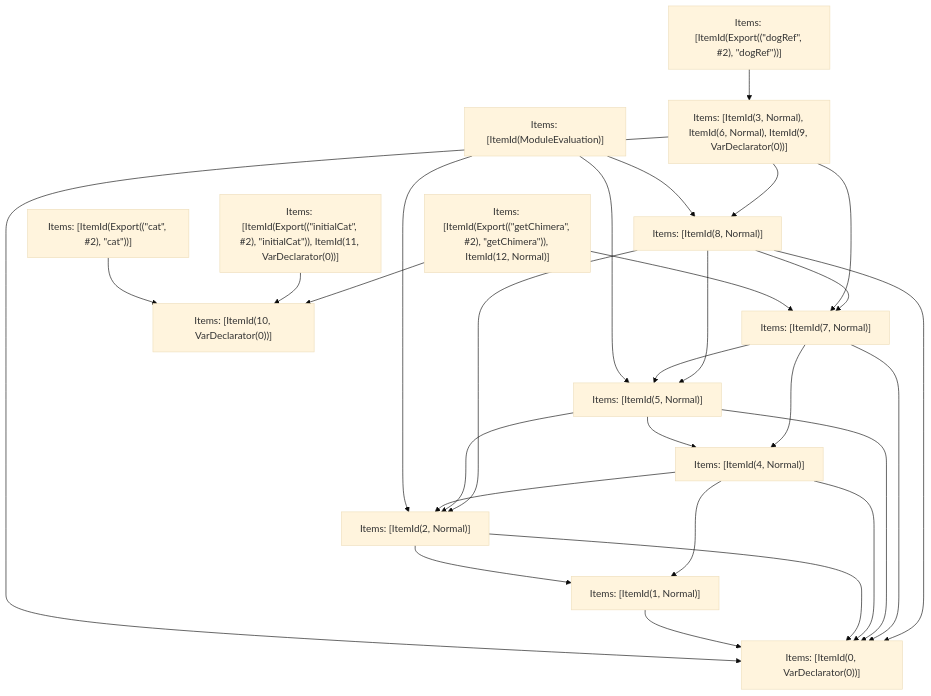
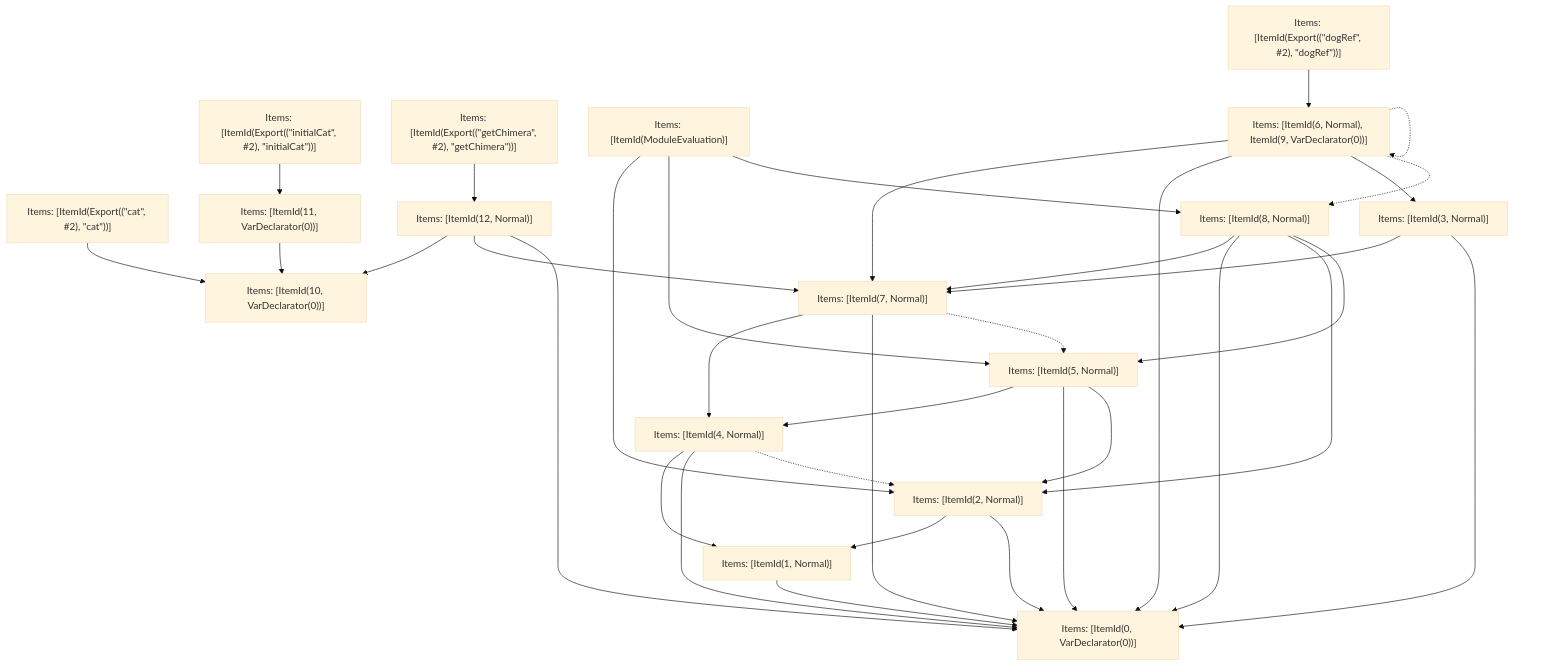
The fifth of 5 diagrams in crates/turbopack-ecmascript/tests/tree-shaker/analyzer/complex/output.md (vercel/turborepo), drawn with Mermaid (base theme) before and after one commit. The commit also changed other lines of this file and 106 other files, not shown here.

````diff
--- a/crates/turbopack-ecmascript/tests/tree-shaker/analyzer/complex/output.md
+++ b/crates/turbopack-ecmascript/tests/tree-shaker/analyzer/complex/output.md
@@ -350,44 +356,54 @@
 ```mermaid
 graph TD
-    N0["Items: [ItemId(ModuleEvaluation)]"];
-    N1["Items: [ItemId(Export((&quot;dogRef&quot;, #2), &quot;dogRef&quot;))]"];
-    N2["Items: [ItemId(Export((&quot;cat&quot;, #2), &quot;cat&quot;))]"];
-    N3["Items: [ItemId(Export((&quot;initialCat&quot;, #2), &quot;initialCat&quot;)), ItemId(11, VarDeclarator(0))]"];
-    N4["Items: [ItemId(Export((&quot;getChimera&quot;, #2), &quot;getChimera&quot;)), ItemId(12, Normal)]"];
-    N5["Items: [ItemId(3, Normal), ItemId(6, Normal), ItemId(9, VarDeclarator(0))]"];
-    N6["Items: [ItemId(0, VarDeclarator(0))]"];
-    N7["Items: [ItemId(1, Normal)]"];
-    N8["Items: [ItemId(2, Normal)]"];
-    N9["Items: [ItemId(4, Normal)]"];
-    N10["Items: [ItemId(5, Normal)]"];
-    N11["Items: [ItemId(7, Normal)]"];
-    N12["Items: [ItemId(8, Normal)]"];
-    N13["Items: [ItemId(10, VarDeclarator(0))]"];
-    N0 --> N8;
-    N0 --> N10;
-    N0 --> N12;
-    N1 --> N5;
-    N2 --> N13;
-    N3 --> N13;
-    N4 --> N13;
-    N4 --> N11;
-    N5 --> N11;
-    N5 --> N12;
-    N5 --> N6;
-    N7 --> N6;
+    N0["Items: [ItemId(10, VarDeclarator(0))]"];
+    N1["Items: [ItemId(Export((&quot;cat&quot;, #2), &quot;cat&quot;))]"];
+    N2["Items: [ItemId(11, VarDeclarator(0))]"];
+    N3["Items: [ItemId(Export((&quot;initialCat&quot;, #2), &quot;initialCat&quot;))]"];
+    N4["Items: [ItemId(0, VarDeclarator(0))]"];
+    N5["Items: [ItemId(1, Normal)]"];
+    N6["Items: [ItemId(2, Normal)]"];
+    N7["Items: [ItemId(4, Normal)]"];
+    N8["Items: [ItemId(5, Normal)]"];
+    N9["Items: [ItemId(7, Normal)]"];
+    N10["Items: [ItemId(12, Normal)]"];
+    N11["Items: [ItemId(Export((&quot;getChimera&quot;, #2), &quot;getChimera&quot;))]"];
+    N12["Items: [ItemId(3, Normal)]"];
+    N13["Items: [ItemId(8, Normal)]"];
+    N14["Items: [ItemId(ModuleEvaluation)]"];
+    N15["Items: [ItemId(6, Normal), ItemId(9, VarDeclarator(0))]"];
+    N16["Items: [ItemId(Export((&quot;dogRef&quot;, #2), &quot;dogRef&quot;))]"];
+    N5 --> N4;
+    N6 --> N5;
+    N6 --> N4;
+    N7 --> N5;
+    N7 --> N4;
+    N7 -.-> N6;
     N8 --> N7;
+    N8 --> N4;
     N8 --> N6;
     N9 --> N7;
-    N9 --> N6;
-    N9 --> N8;
+    N9 --> N4;
+    N9 -.-> N8;
+    N13 --> N9;
+    N13 --> N4;
+    N13 --> N6;
+    N13 --> N8;
+    N15 --> N9;
+    N15 --> N4;
+    N15 --> N12;
+    N15 -.-> N15;
+    N2 --> N0;
+    N16 --> N15;
+    N1 --> N0;
+    N3 --> N2;
+    N11 --> N10;
+    N12 --> N9;
+    N12 --> N4;
+    N15 -.-> N13;
+    N10 --> N0;
     N10 --> N9;
-    N10 --> N6;
-    N10 --> N8;
-    N11 --> N9;
-    N11 --> N6;
-    N11 --> N10;
-    N12 --> N11;
-    N12 --> N6;
-    N12 --> N8;
-    N12 --> N10;
+    N10 --> N4;
+    N14 --> N6;
+    N14 --> N8;
+    N14 --> N13;
 ```
````
